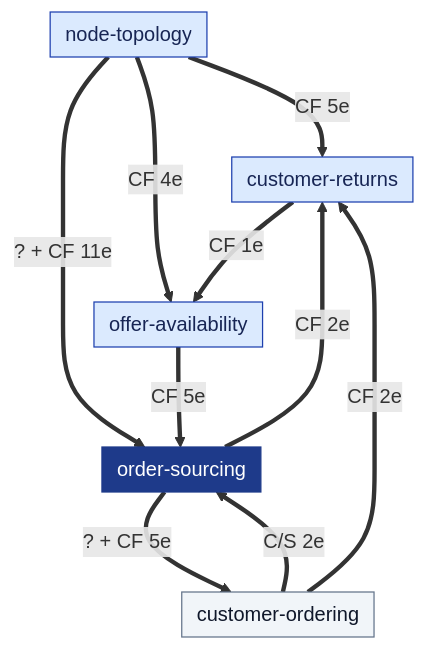
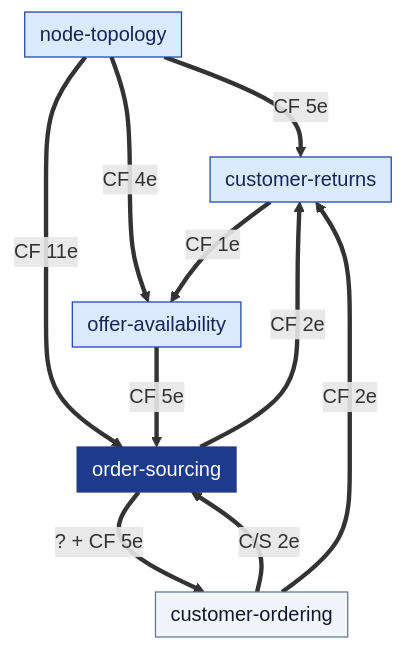
The fifth of 6 diagrams in network/docs/strategic-design/context-map.md (IQVO/warehouse-docs), drawn with Mermaid before and after one commit. The commit also changed other lines of this file and 1 other file, not shown here.

````diff
--- a/network/docs/strategic-design/context-map.md
+++ b/network/docs/strategic-design/context-map.md
@@ -155,22 +155,22 @@
 ```mermaid
 %%{init: {"flowchart": {"nodeSpacing": 22, "rankSpacing": 56, "padding": 6}}}%%
 flowchart TB
     classDef core fill:#1e3a8a,stroke:#1e3a8a,color:#fff
     classDef sup fill:#dbeafe,stroke:#1e40af,color:#172554
     classDef gen fill:#f1f5f9,stroke:#64748b,color:#0f172a
     classDef ext fill:#ffe3e3,stroke:#c92a2a,color:#000
     CR["customer-returns"]:::sup
     CO["customer-ordering"]:::gen
     OS["order-sourcing"]:::core
     NT["node-topology"]:::sup
     OA["offer-availability"]:::sup
     NT ==>|"CF 4e"| OA
-    NT ==>|"? + CF 11e"| OS
+    NT ==>|"CF 11e"| OS
     NT ==>|"CF 5e"| CR
     OA ==>|"CF 5e"| OS
     CO ==>|"C/S 2e"| OS
     CO ==>|"CF 2e"| CR
     OS ==>|"CF 2e"| CR
     OS ==>|"? + CF 5e"| CO
     CR ==>|"CF 1e"| OA
 ```
````
